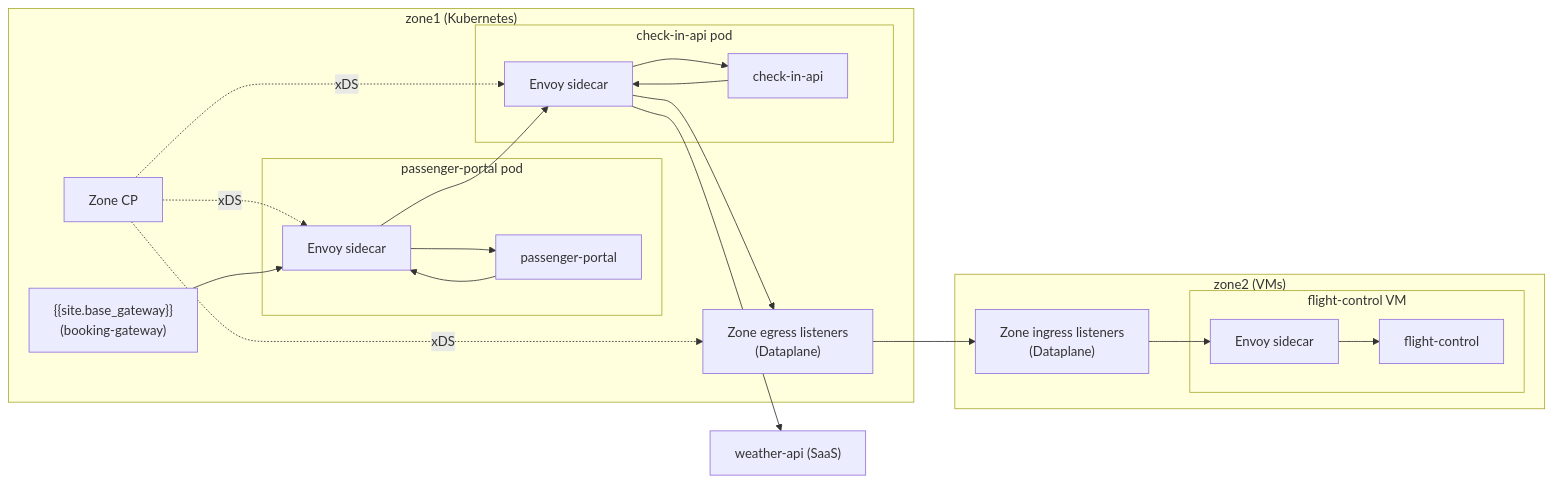
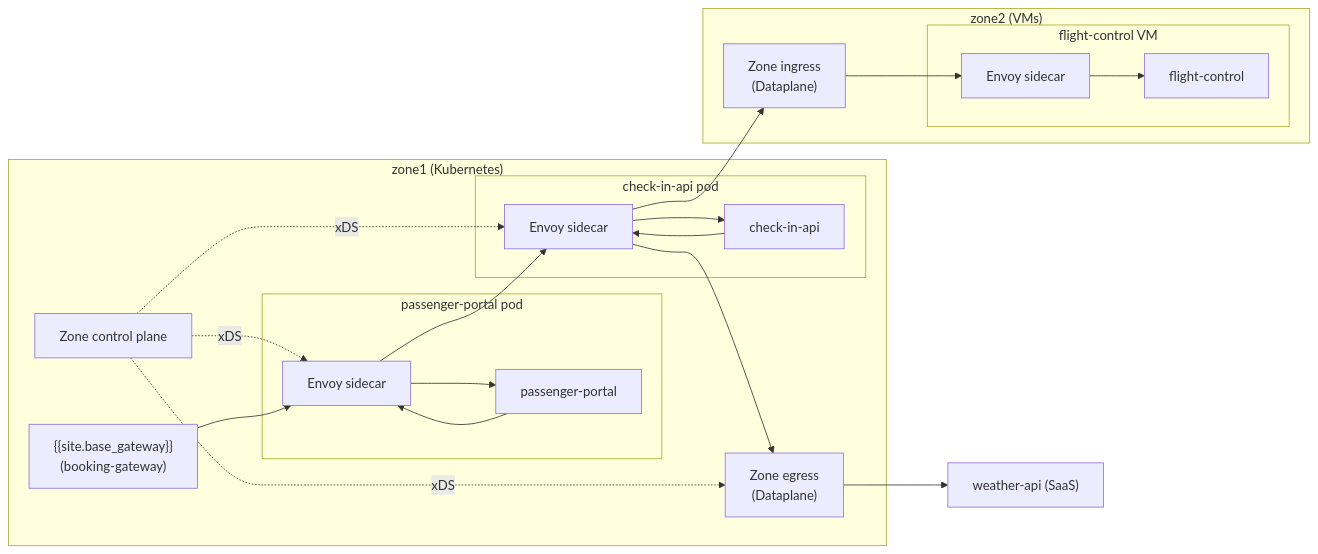
Before and after one commit to Kong/developer.konghq.com: the second of 2 diagrams in app/mesh/architecture-overview.md, drawn with Mermaid. The commit also changed other lines of this file and 11 other files, not shown here.

```diff
--- a/app/mesh/architecture-overview.md
+++ b/app/mesh/architecture-overview.md
@@ -99,40 +111,40 @@
 {% mermaid %}
 flowchart LR
     subgraph ZoneEast["zone1 (Kubernetes)"]
-        ZECP["Zone CP"]
+        ZECP["Zone control plane"]
         KG["{{site.base_gateway}}<br/>(booking-gateway)"]
         subgraph PPSvc["passenger-portal pod"]
             PP_App["passenger-portal"]
             PP_Envoy["Envoy sidecar"]
         end
         subgraph CISvc["check-in-api pod"]
             CI_App["check-in-api"]
             CI_Envoy["Envoy sidecar"]
         end
-        ZE_East["Zone egress listeners<br/>(Dataplane)"]
+        ZE_East["Zone egress<br/>(Dataplane)"]
     end
     subgraph ZoneWest["zone2 (VMs)"]
-        ZI_West["Zone ingress listeners<br/>(Dataplane)"]
+        ZI_West["Zone ingress<br/>(Dataplane)"]
         subgraph FCSvc["flight-control VM"]
             FC_App["flight-control"]
             FC_Envoy["Envoy sidecar"]
         end
     end
     EXT["weather-api (SaaS)"]
 
     ZECP -.->|xDS| PP_Envoy
     ZECP -.->|xDS| CI_Envoy
     ZECP -.->|xDS| ZE_East
 
     KG --> PP_Envoy
     PP_Envoy --> PP_App
     PP_App --> PP_Envoy
     PP_Envoy --> CI_Envoy
     CI_Envoy --> CI_App
     CI_App --> CI_Envoy
-    CI_Envoy --> ZE_East
-    ZE_East --> ZI_West
+    CI_Envoy --> ZI_West
     ZI_West --> FC_Envoy
     FC_Envoy --> FC_App
-    CI_Envoy --> EXT
+    CI_Envoy --> ZE_East
+    ZE_East --> EXT
 {% endmermaid %}
```
